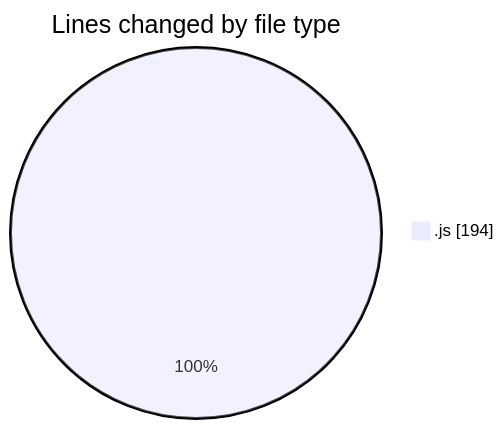
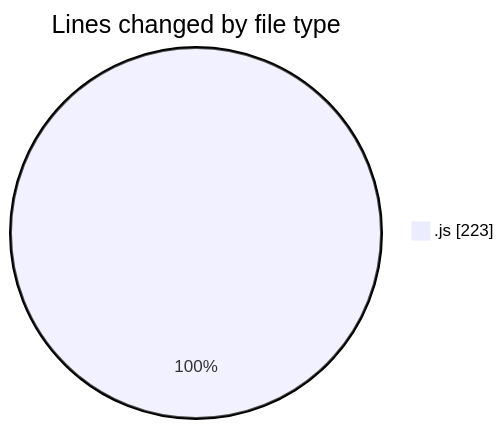
Before and after one commit to Ritupan-Deka/code-tracking: the first of 2 diagrams in 2025-08-09/javascript/README.md, drawn with Mermaid. The commit also changed other lines of this file and 1 other file, not shown here.

````diff
--- a/2025-08-09/javascript/README.md
+++ b/2025-08-09/javascript/README.md
@@ -20,5 +20,5 @@
 ```mermaid
 pie showData
 title Lines changed by file type
-".js" : 194
+".js" : 223
 ```
````
